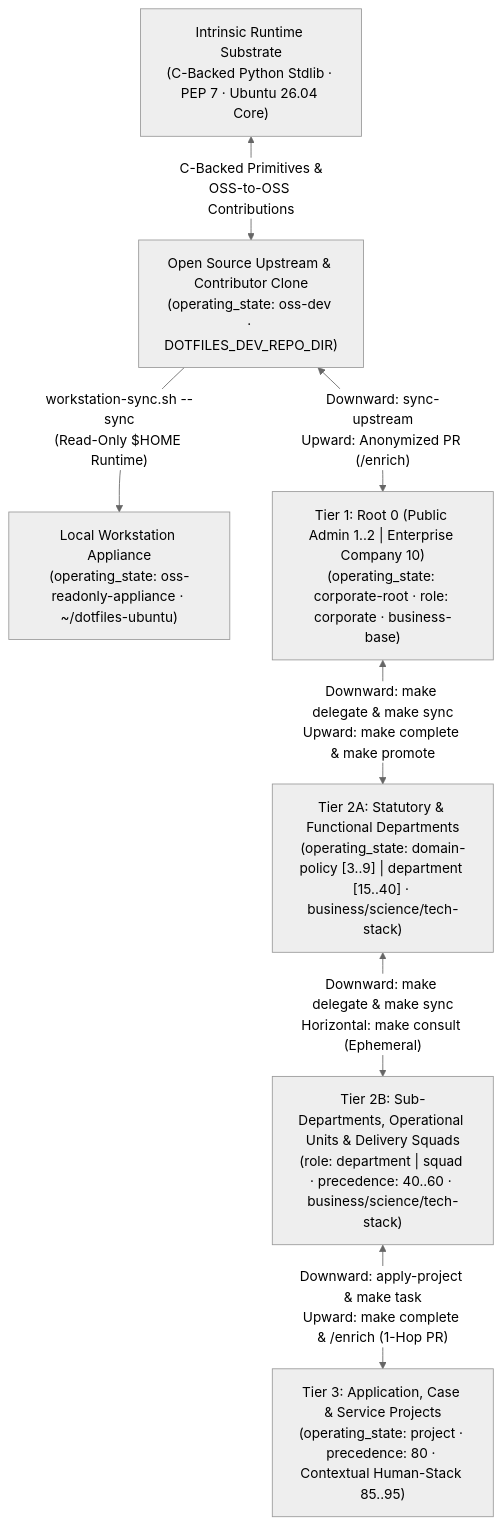
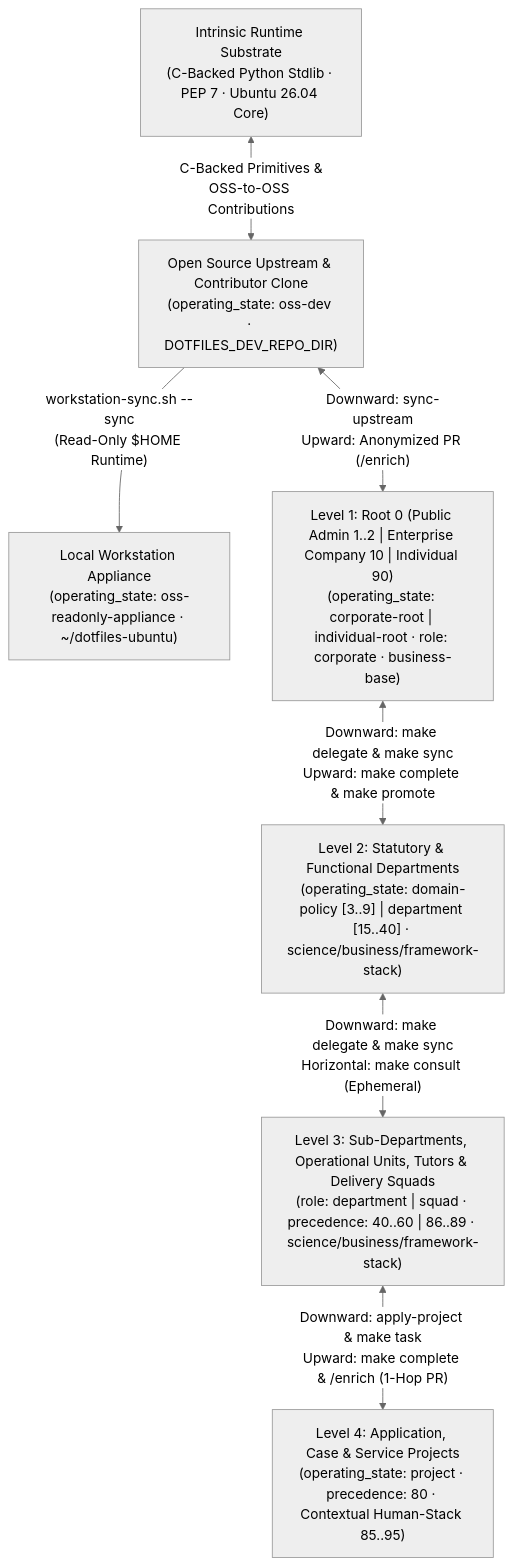
One commit to mtwuser/dotfiles-ubuntu changed the first of 3 diagrams in README.md. Above: the diagram before and after it, drawn with Mermaid (neutral theme). The commit also changed other lines of this file and 148 other files, not shown here.

````diff
--- a/README.md
+++ b/README.md
@@ -82,17 +92,17 @@
 ```mermaid
 flowchart TD
     SUB["Intrinsic Runtime Substrate\n(C-Backed Python Stdlib · PEP 7 · Ubuntu 26.04 Core)"]
     OSS["Open Source Upstream & Contributor Clone\n(operating_state: oss-dev · DOTFILES_DEV_REPO_DIR)"]
     APP["Local Workstation Appliance\n(operating_state: oss-readonly-appliance · ~/dotfiles-ubuntu)"]
-    CORP["Tier 1: Root 0 (Public Admin 1..2 | Enterprise Company 10)\n(operating_state: corporate-root · role: corporate · business-base)"]
-    DEPT["Tier 2A: Statutory & Functional Departments\n(operating_state: domain-policy [3..9] | department [15..40] · business/science/tech-stack)"]
-    SQUAD["Tier 2B: Sub-Departments, Operational Units & Delivery Squads\n(role: department | squad · precedence: 40..60 · business/science/tech-stack)"]
-    PROJ["Tier 3: Application, Case & Service Projects\n(operating_state: project · precedence: 80 · Contextual Human-Stack 85..95)"]
+    CORP["Level 1: Root 0 (Public Admin 1..2 | Enterprise Company 10 | Individual 90)\n(operating_state: corporate-root | individual-root · role: corporate · business-base)"]
+    DEPT["Level 2: Statutory & Functional Departments\n(operating_state: domain-policy [3..9] | department [15..40] · science/business/framework-stack)"]
+    SQUAD["Level 3: Sub-Departments, Operational Units, Tutors & Delivery Squads\n(role: department | squad · precedence: 40..60 | 86..89 · science/business/framework-stack)"]
+    PROJ["Level 4: Application, Case & Service Projects\n(operating_state: project · precedence: 80 · Contextual Human-Stack 85..95)"]
 
     SUB <-->|"C-Backed Primitives &\nOSS-to-OSS Contributions"| OSS
     OSS -->|"workstation-sync.sh --sync\n(Read-Only $HOME Runtime)"| APP
     OSS <-->|"Downward: sync-upstream\nUpward: Anonymized PR (/enrich)"| CORP
     CORP <-->|"Downward: make delegate & make sync\nUpward: make complete & make promote"| DEPT
     DEPT <-->|"Downward: make delegate & make sync\nHorizontal: make consult (Ephemeral)"| SQUAD
     SQUAD <-->|"Downward: apply-project & make task\nUpward: make complete & /enrich (1-Hop PR)"| PROJ
 ```
````
